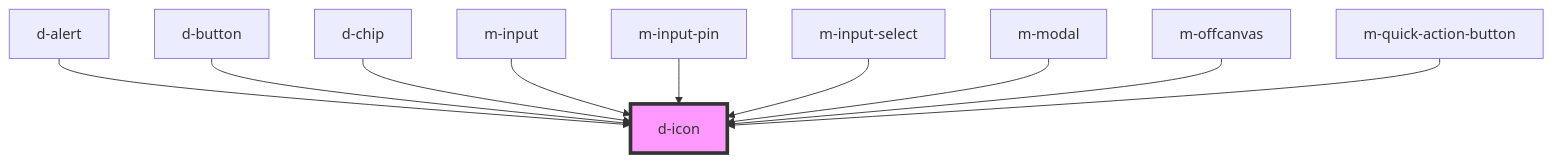
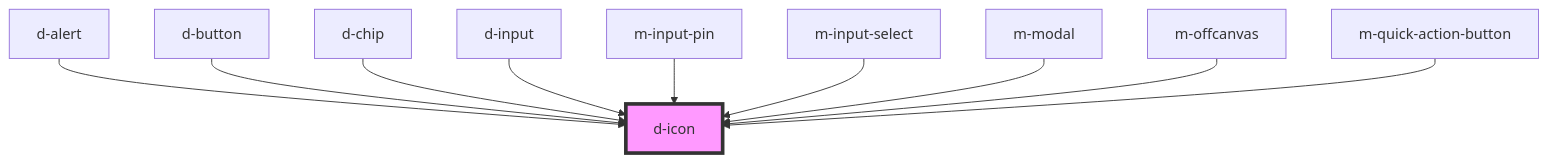
Before and after one commit to dynamic-framework/dynamic-ui: the diagram in libraries/dynamic-ui/src/components/d-icon/readme.md, drawn with Mermaid. The commit also changed other lines of this file and 106 other files, not shown here.

````diff
--- a/libraries/dynamic-ui/src/components/d-icon/readme.md
+++ b/libraries/dynamic-ui/src/components/d-icon/readme.md
@@ -41,13 +41,13 @@
 ```mermaid
 graph TD;
   d-alert --> d-icon
   d-button --> d-icon
   d-chip --> d-icon
-  m-input --> d-icon
+  d-input --> d-icon
   m-input-pin --> d-icon
   m-input-select --> d-icon
   m-modal --> d-icon
   m-offcanvas --> d-icon
   m-quick-action-button --> d-icon
   style d-icon fill:#f9f,stroke:#333,stroke-width:4px
 ```
````
